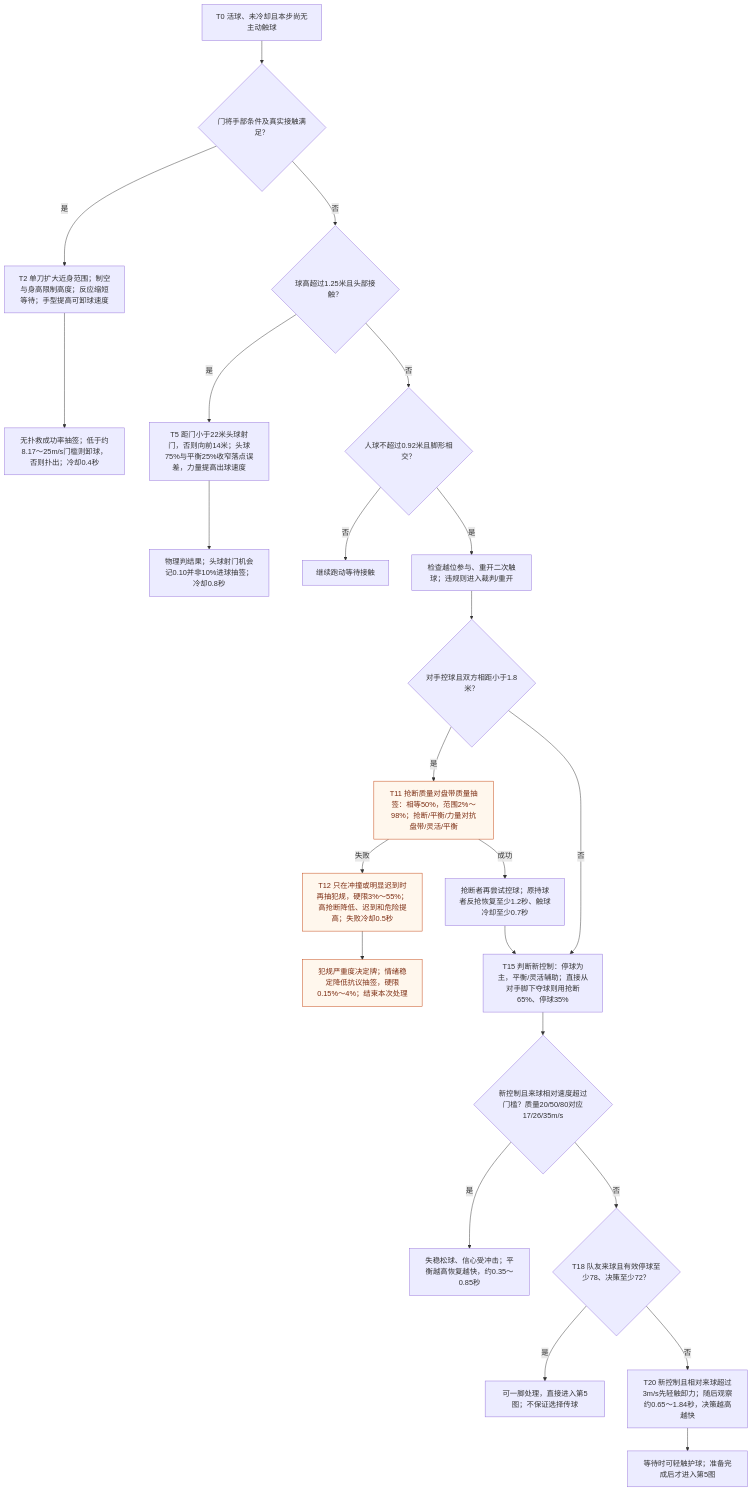
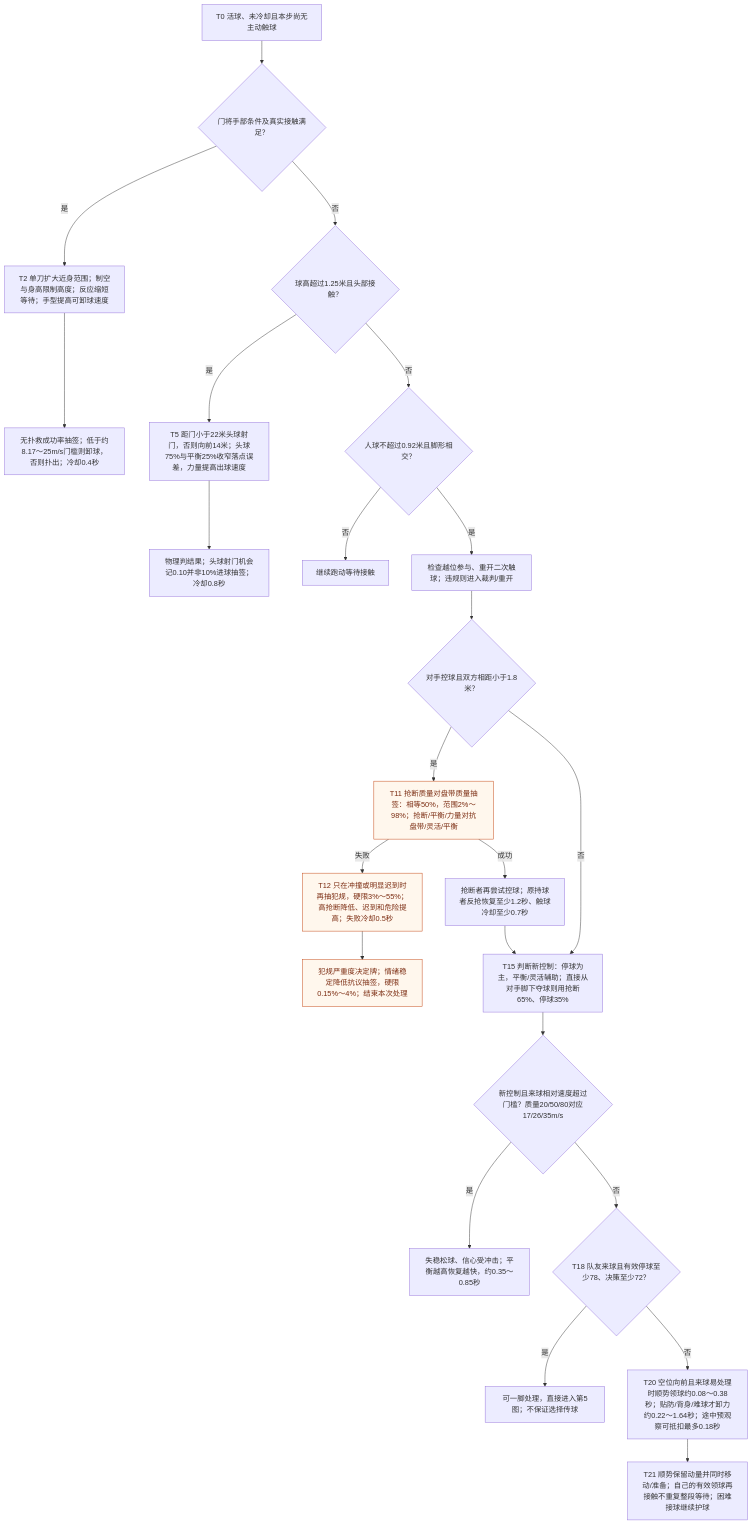
Before and after one commit to sixu3575/touchline-manager: the fourth of 7 diagrams in packages/shared/modules/matches/design/PLAYER_DECISION_MAP.md, drawn with Mermaid. The commit also changed other lines of this file and 34 other files, not shown here.

````diff
--- a/packages/shared/modules/matches/design/PLAYER_DECISION_MAP.md
+++ b/packages/shared/modules/matches/design/PLAYER_DECISION_MAP.md
@@ -178,27 +179,27 @@
 ```mermaid
 flowchart TD
   T0["T0 活球、未冷却且本步尚无主动触球"] --> T1{"门将手部条件及真实接触满足？"}
   T1 -->|是| T2["T2 单刀扩大近身范围；制空与身高限制高度；反应缩短等待；手型提高可卸球速度"]
   T2 --> T3["无扑救成功率抽签；低于约8.17～25m/s门槛则卸球，否则扑出；冷却0.4秒"]
   T1 -->|否| T4{"球高超过1.25米且头部接触？"}
   T4 -->|是| T5["T5 距门小于22米头球射门，否则向前14米；头球75%与平衡25%收窄落点误差，力量提高出球速度"]
   T5 --> T6["物理判结果；头球射门机会记0.10并非10%进球抽签；冷却0.8秒"]
   T4 -->|否| T7{"人球不超过0.92米且脚形相交？"}
   T7 -->|否| T8["继续跑动等待接触"]
   T7 -->|是| T9["检查越位参与、重开二次触球；违规则进入裁判/重开"]
   T9 --> T10{"对手控球且双方相距小于1.8米？"}
   T10 -->|是| T11["T11 抢断质量对盘带质量抽签：相等50%，范围2%～98%；抢断/平衡/力量对抗盘带/灵活/平衡"]
   T11 -->|失败| T12["T12 只在冲撞或明显迟到时再抽犯规，硬限3%～55%；高抢断降低、迟到和危险提高；失败冷却0.5秒"]
   T12 --> T13["犯规严重度决定牌；情绪稳定降低抗议抽签，硬限0.15%～4%；结束本次处理"]
   T11 -->|成功| T14["抢断者再尝试控球；原持球者反抢恢复至少1.2秒、触球冷却至少0.7秒"]
   T10 -->|否| T15["T15 判断新控制：停球为主，平衡/灵活辅助；直接从对手脚下夺球则用抢断65%、停球35%"]
   T14 --> T15
   T15 --> T16{"新控制且来球相对速度超过门槛？质量20/50/80对应17/26/35m/s"}
   T16 -->|是| T17["失稳松球、信心受冲击；平衡越高恢复越快，约0.35～0.85秒"]
   T16 -->|否| T18{"T18 队友来球且有效停球至少78、决策至少72？"}
   T18 -->|是| T19["可一脚处理，直接进入第5图；不保证选择传球"]
-  T18 -->|否| T20["T20 新控制且相对来球超过3m/s先轻触卸力；随后观察约0.65～1.84秒，决策越高越快"]
-  T20 --> T21["等待时可轻触护球；准备完成后才进入第5图"]
+  T18 -->|否| T20["T20 空位向前且来球易处理时顺势领球约0.08～0.38秒；贴防/背身/难球才卸力约0.22～1.64秒；途中预观察可抵扣最多0.18秒"]
+  T20 --> T21["T21 顺势保留动量并同时移动/准备；自己的有效领球再接触不重复整段等待；困难接球继续护球"]
   classDef draw fill:#fff7ed,stroke:#c2410c,color:#7c2d12
   class T11,T12,T13 draw
 ```
````
